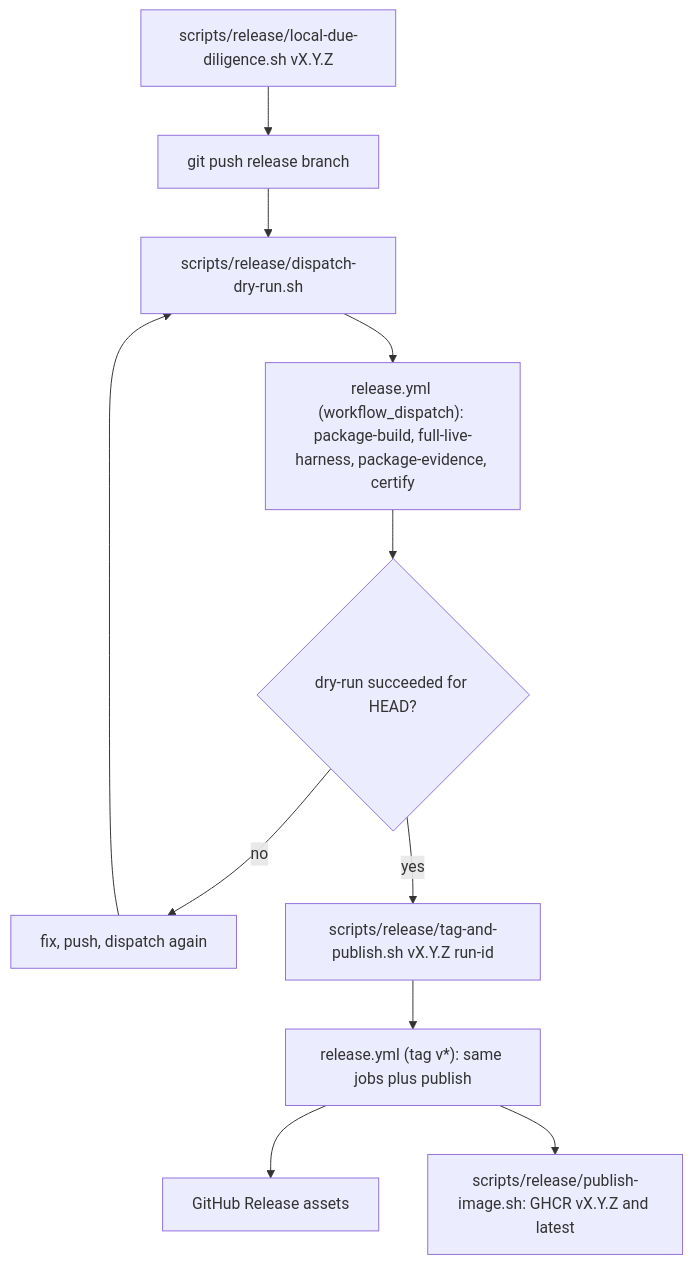
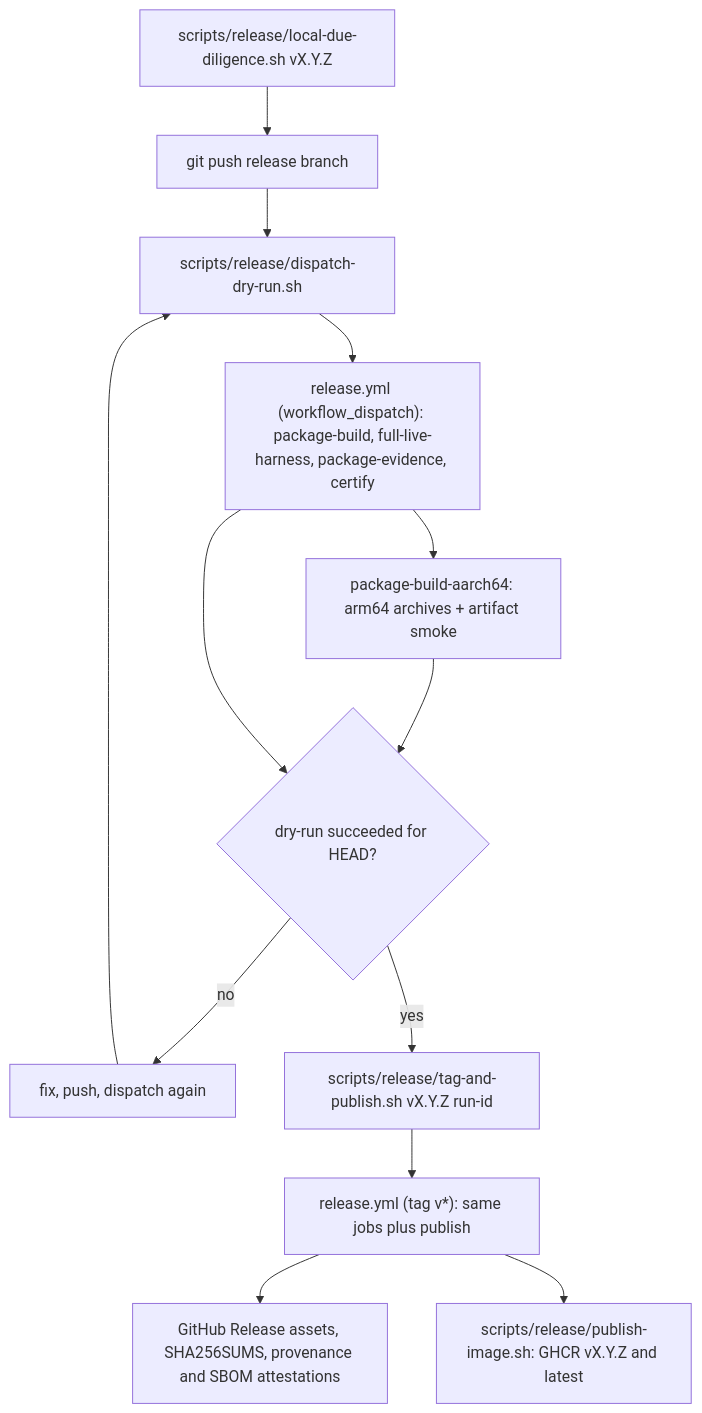
The diagram in docs/release-runbook.md (krsna1729/restream), drawn with Mermaid before and after one commit. The commit also changed other lines of this file and 5 other files, not shown here.

First line of the commit message:
release: aarch64 archives, provenance and SBOM attestations, platform floor

````diff
--- a/docs/release-runbook.md
+++ b/docs/release-runbook.md
@@ -22,13 +22,15 @@
 ```mermaid
 flowchart TD
   ldd["scripts/release/local-due-diligence.sh vX.Y.Z"] --> push["git push release branch"]
   push --> dry["scripts/release/dispatch-dry-run.sh"]
   dry --> wf["release.yml (workflow_dispatch): package-build, full-live-harness, package-evidence, certify"]
+  wf --> arm["package-build-aarch64: arm64 archives + artifact smoke"]
+  arm --> ok
   wf --> ok{"dry-run succeeded for HEAD?"}
   ok -- no --> fix["fix, push, dispatch again"]
   fix --> dry
   ok -- yes --> tag["scripts/release/tag-and-publish.sh vX.Y.Z run-id"]
   tag --> tagwf["release.yml (tag v*): same jobs plus publish"]
-  tagwf --> gh["GitHub Release assets"]
+  tagwf --> gh["GitHub Release assets, SHA256SUMS, provenance and SBOM attestations"]
   tagwf --> img["scripts/release/publish-image.sh: GHCR vX.Y.Z and latest"]
 ```
````
